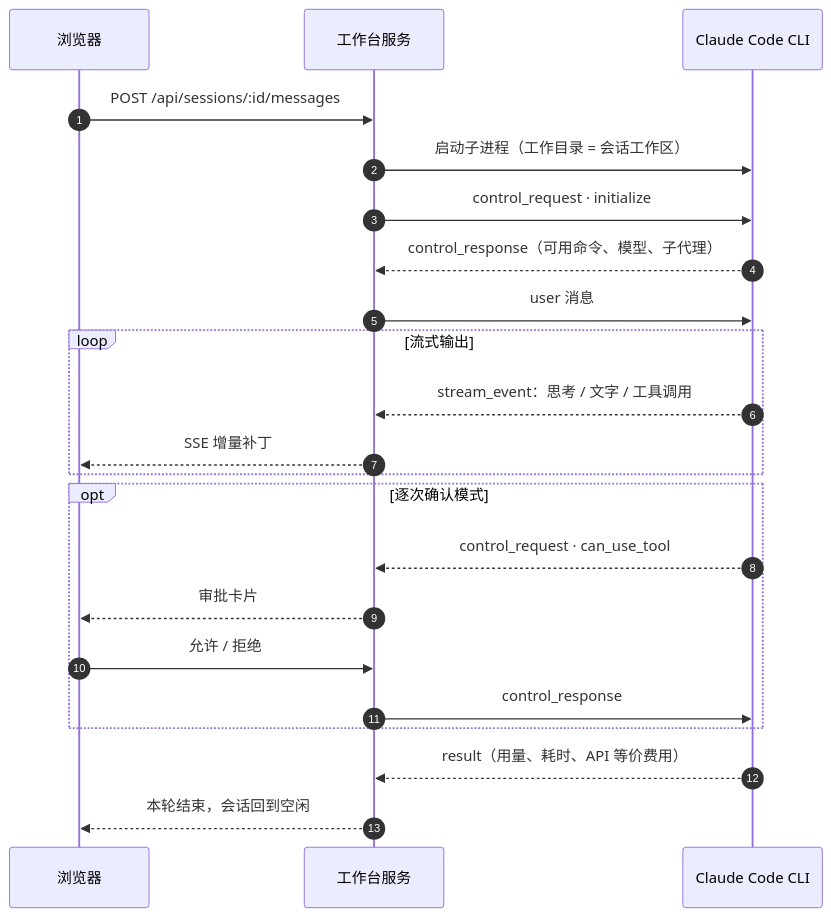
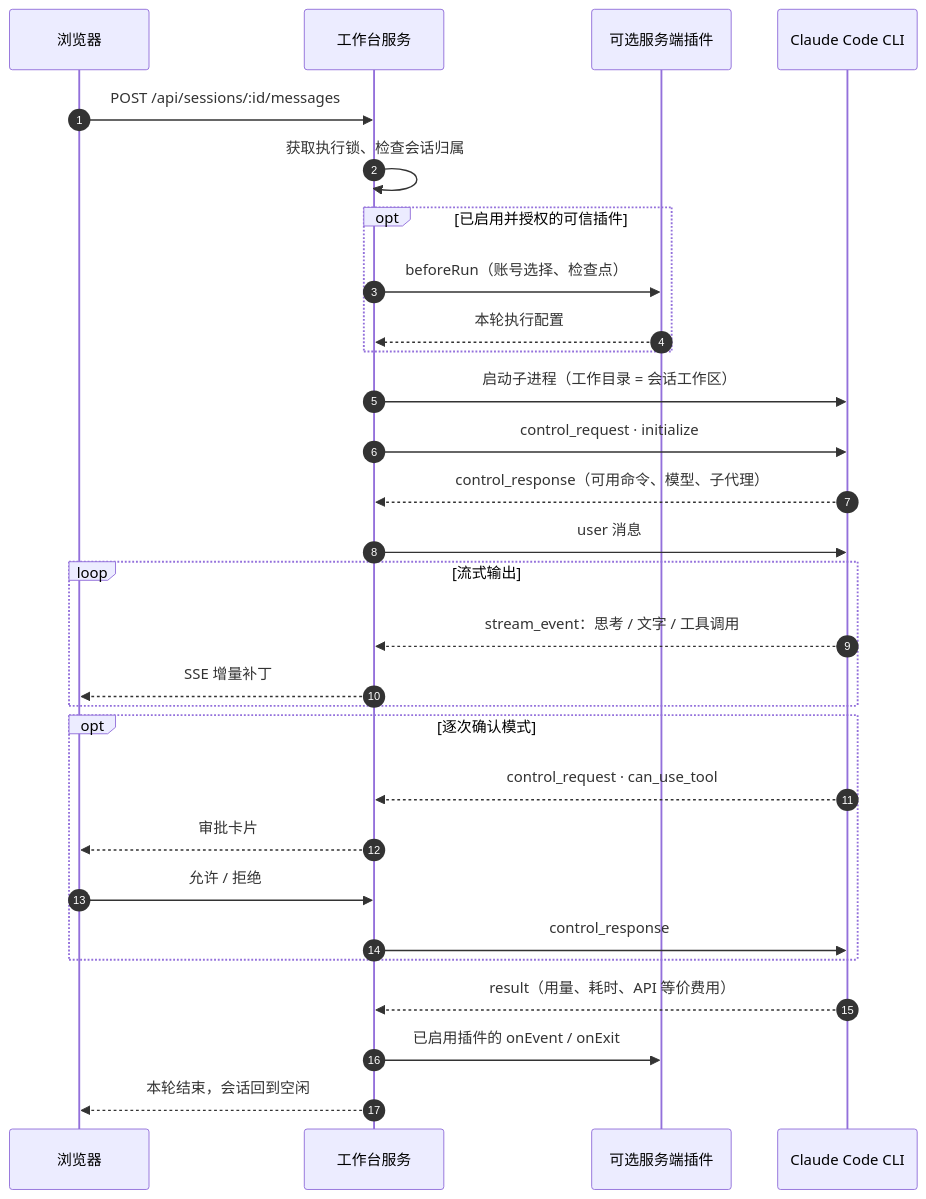
The second of 3 diagrams in docs/ARCHITECTURE.md (Myr168185608/fusheng-kelaude-workbench), drawn with Mermaid before and after one commit. The commit also changed other lines of this file and 44 other files, not shown here.

````diff
--- a/docs/ARCHITECTURE.md
+++ b/docs/ARCHITECTURE.md
@@ -55,24 +61,31 @@
 ```mermaid
 sequenceDiagram
   autonumber
   participant B as 浏览器
   participant W as 工作台服务
+  participant P as 可选服务端插件
   participant C as Claude Code CLI
   B->>W: POST /api/sessions/:id/messages
+  W->>W: 获取执行锁、检查会话归属
+  opt 已启用并授权的可信插件
+    W->>P: beforeRun（账号选择、检查点）
+    P-->>W: 本轮执行配置
+  end
   W->>C: 启动子进程（工作目录 = 会话工作区）
   W->>C: control_request · initialize
   C-->>W: control_response（可用命令、模型、子代理）
   W->>C: user 消息
   loop 流式输出
     C-->>W: stream_event：思考 / 文字 / 工具调用
     W-->>B: SSE 增量补丁
   end
   opt 逐次确认模式
     C-->>W: control_request · can_use_tool
     W-->>B: 审批卡片
     B->>W: 允许 / 拒绝
     W->>C: control_response
   end
   C-->>W: result（用量、耗时、API 等价费用）
+  W->>P: 已启用插件的 onEvent / onExit
   W-->>B: 本轮结束，会话回到空闲
 ```
````
